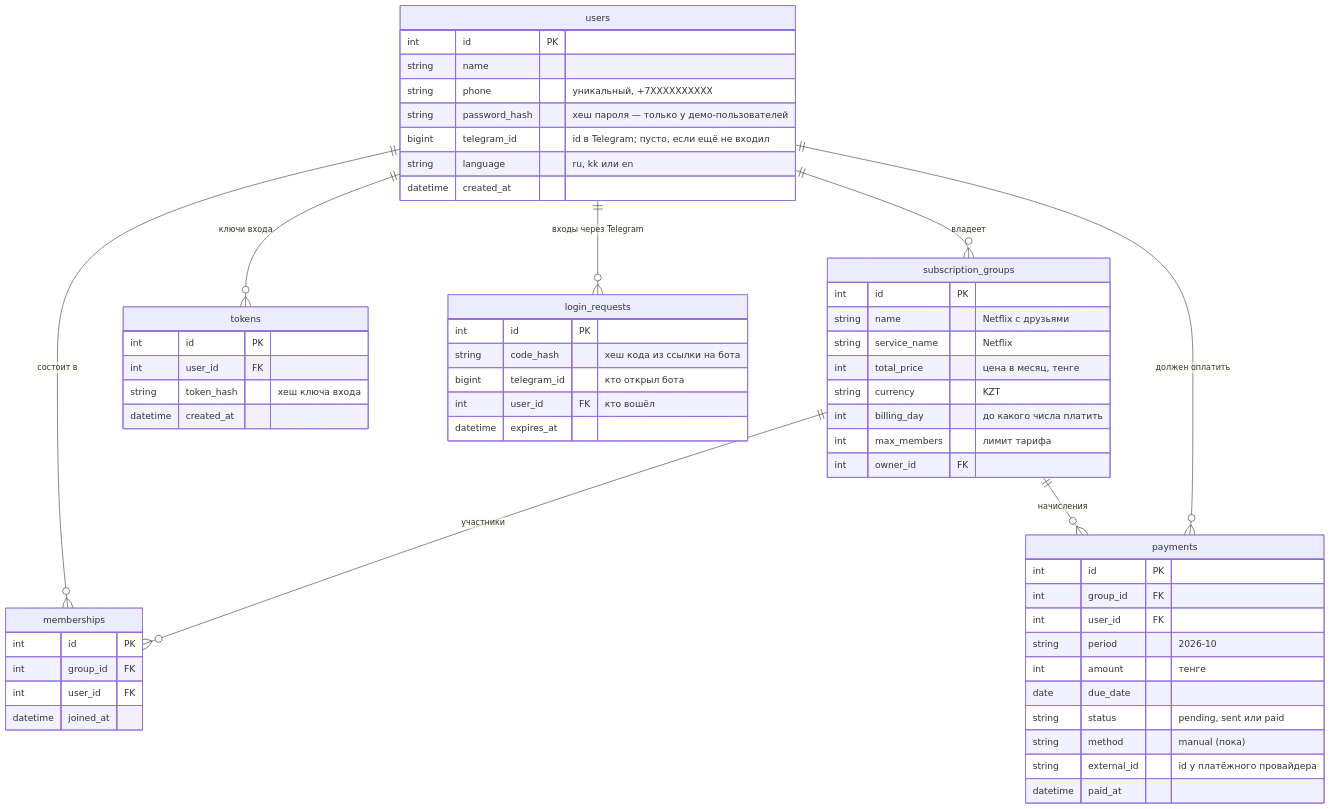
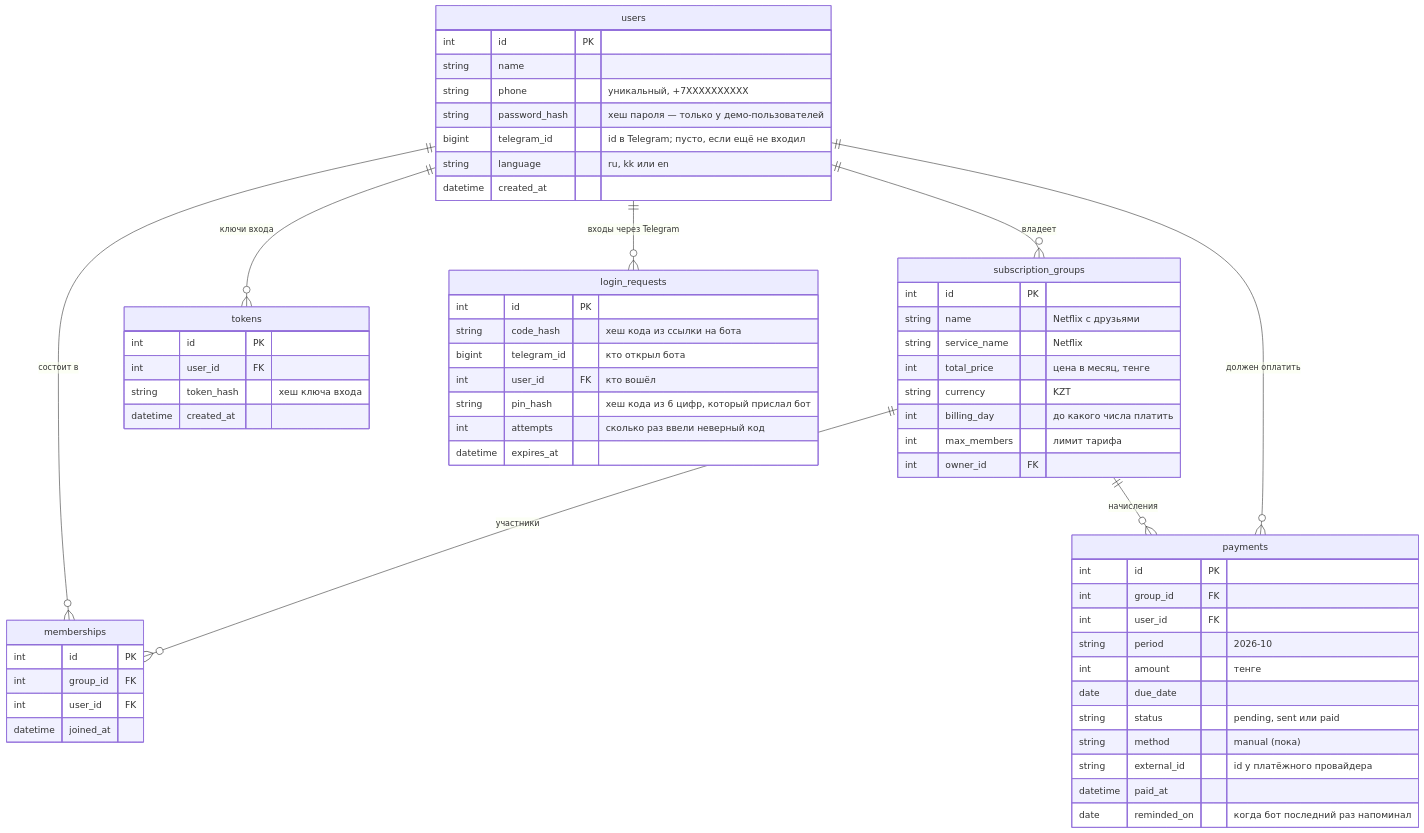
One commit to Viperr-wq/Subshare changed the diagram in README.md. Above: the diagram before and after it, drawn with Mermaid. The commit also changed other lines of this file and 4 other files, not shown here.

````diff
--- a/README.md
+++ b/README.md
@@ -142,61 +143,64 @@
 ```mermaid
 erDiagram
     users ||--o{ memberships : "состоит в"
     subscription_groups ||--o{ memberships : "участники"
     users ||--o{ subscription_groups : "владеет"
     subscription_groups ||--o{ payments : "начисления"
     users ||--o{ payments : "должен оплатить"
     users ||--o{ tokens : "ключи входа"
     users ||--o{ login_requests : "входы через Telegram"
 
     users {
         int id PK
         string name
         string phone "уникальный, +7XXXXXXXXXX"
         string password_hash "хеш пароля — только у демо-пользователей"
         bigint telegram_id "id в Telegram; пусто, если ещё не входил"
         string language "ru, kk или en"
         datetime created_at
     }
     login_requests {
         int id PK
         string code_hash "хеш кода из ссылки на бота"
         bigint telegram_id "кто открыл бота"
         int user_id FK "кто вошёл"
+        string pin_hash "хеш кода из 6 цифр, который прислал бот"
+        int attempts "сколько раз ввели неверный код"
         datetime expires_at
     }
     tokens {
         int id PK
         int user_id FK
         string token_hash "хеш ключа входа"
         datetime created_at
     }
     subscription_groups {
         int id PK
         string name "Netflix с друзьями"
         string service_name "Netflix"
         int total_price "цена в месяц, тенге"
         string currency "KZT"
         int billing_day "до какого числа платить"
         int max_members "лимит тарифа"
         int owner_id FK
     }
     memberships {
         int id PK
         int group_id FK
         int user_id FK
         datetime joined_at
     }
     payments {
         int id PK
         int group_id FK
         int user_id FK
         string period "2026-10"
         int amount "тенге"
         date due_date
         string status "pending, sent или paid"
         string method "manual (пока)"
         string external_id "id у платёжного провайдера"
         datetime paid_at
+        date reminded_on "когда бот последний раз напоминал"
     }
 ```
````
